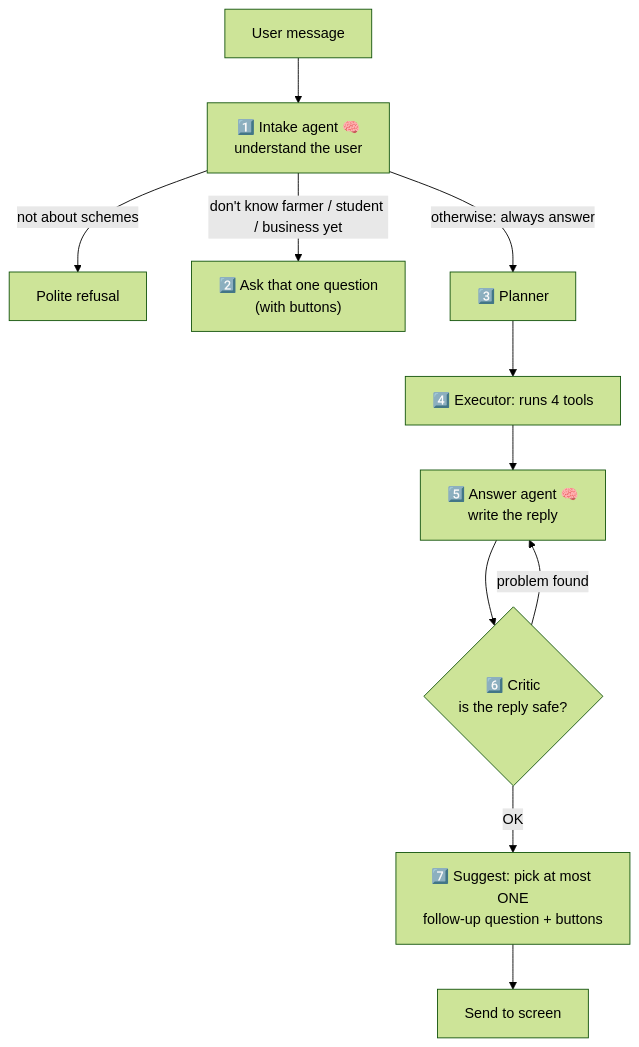
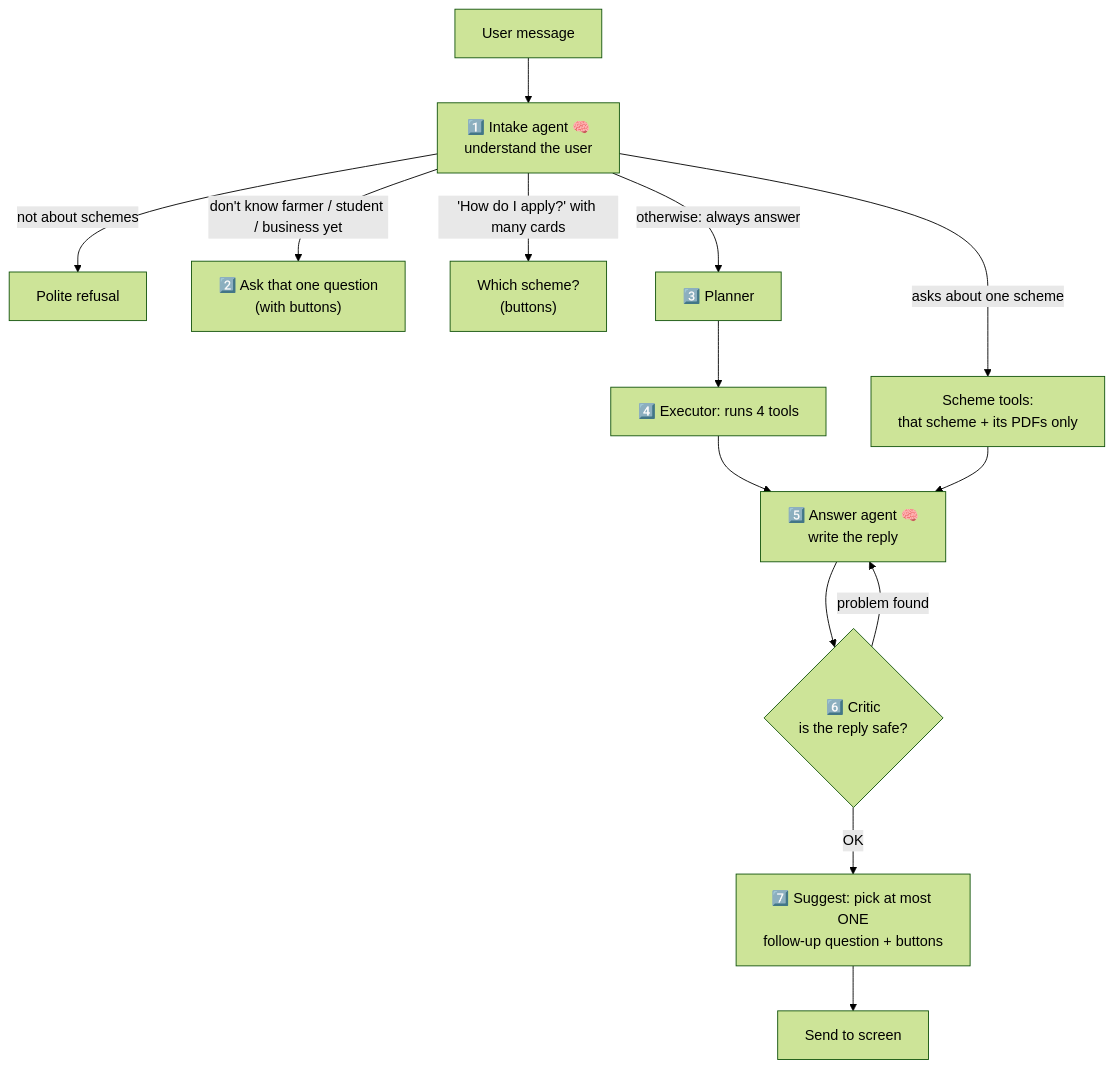
One commit to aakash-github/jansahayak changed the second of 4 diagrams in docs/HOW_IT_WORKS.md. Above: the diagram before and after it, drawn with Mermaid (forest theme). The commit also changed other lines of this file and 11 other files, not shown here.

First line of the commit message:
Answer questions about one scheme; 'Which scheme?' chooser; short first answer; cited sources only; personal questions with reasons

````diff
--- a/docs/HOW_IT_WORKS.md
+++ b/docs/HOW_IT_WORKS.md
@@ -49,13 +59,16 @@
 ```mermaid
 flowchart TD
   M["User message"] --> I["1️⃣ Intake agent 🧠<br/>understand the user"]
   I -->|"not about schemes"| R["Polite refusal"]
   I -->|"don't know farmer / student / business yet"| Q["2️⃣ Ask that one question<br/>(with buttons)"]
+  I -->|"asks about one scheme"| F["Scheme tools:<br/>that scheme + its PDFs only"]
+  I -->|"'How do I apply?' with many cards"| WH["Which scheme?<br/>(buttons)"]
   I -->|"otherwise: always answer"| P["3️⃣ Planner"]
   P --> E["4️⃣ Executor: runs 4 tools"]
   E --> W["5️⃣ Answer agent 🧠<br/>write the reply"]
+  F --> W
   W --> C{"6️⃣ Critic<br/>is the reply safe?"}
   C -->|"problem found"| W
   C -->|"OK"| S["7️⃣ Suggest: pick at most ONE<br/>follow-up question + buttons"]
   S --> OUT["Send to screen"]
 ```
````
